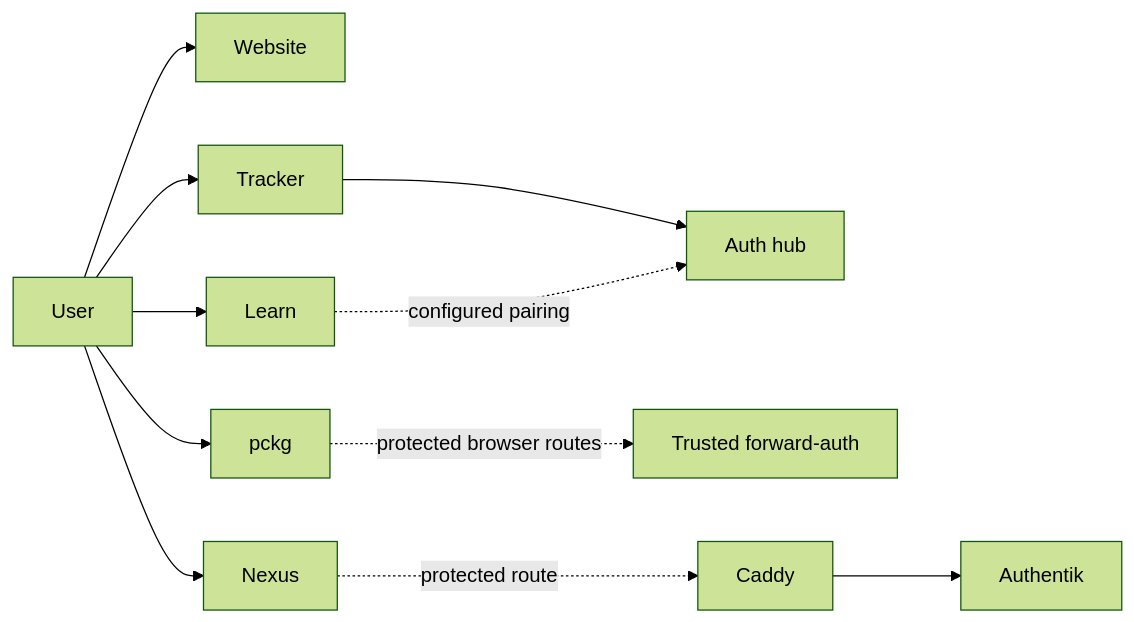
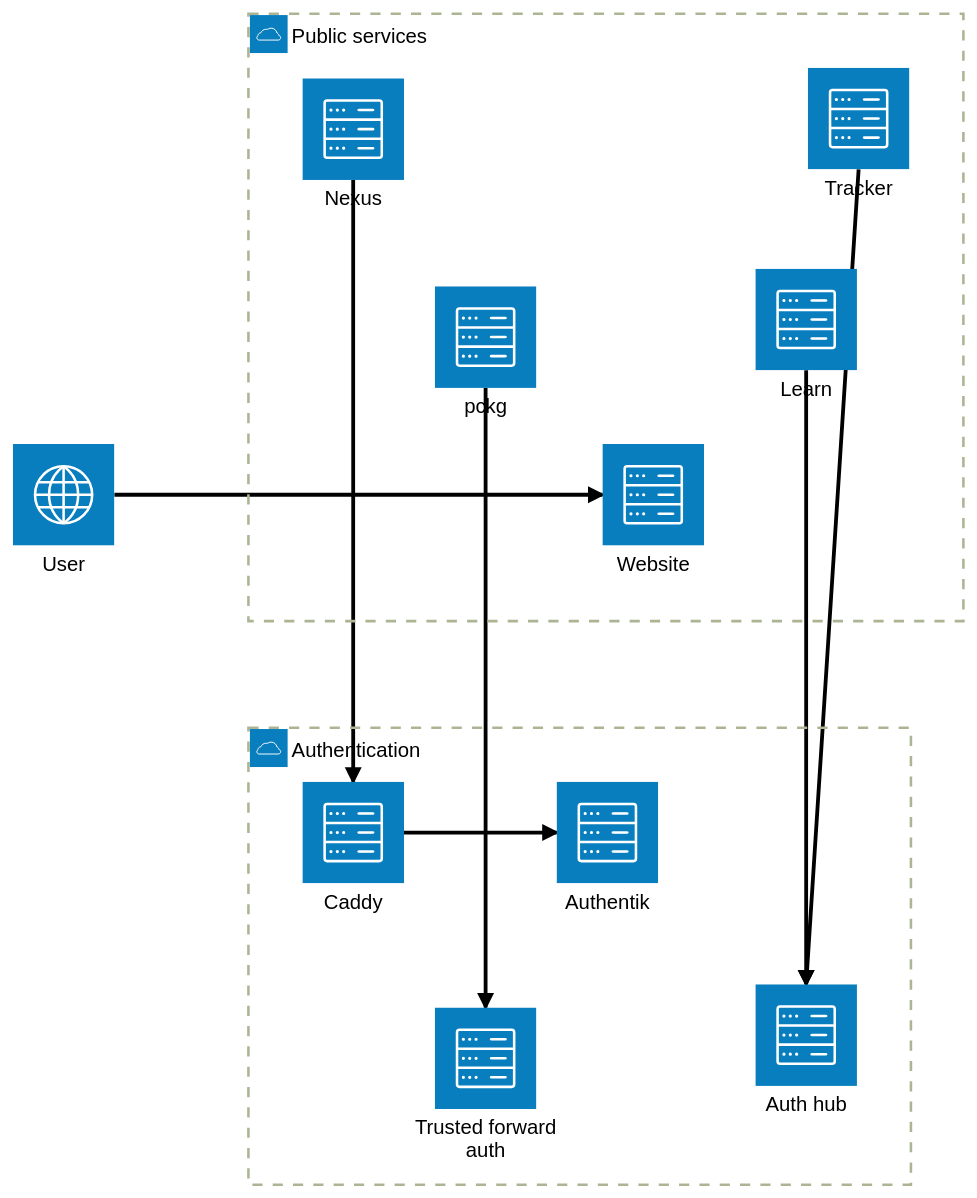
The diagram in site/website/src/content/docs/docs/services/index.md (Cyber-Nomad-Collective/beskid), drawn with Mermaid (forest theme) before and after one commit. The commit also changed 60 other files, not shown here.

````diff
--- a/site/website/src/content/docs/docs/services/index.md
+++ b/site/website/src/content/docs/docs/services/index.md
@@ -36,15 +36,23 @@
 ```mermaid
-flowchart LR
+architecture-beta
   accTitle: Public service and authentication topology
   accDescr: Readers use public services. Tracker and Learn connect to the Auth hub. pckg uses trusted forward-auth. Caddy and Authentik protect Nexus.
-  U[User] --> W[Website]
-  U --> L[Learn]
-  U --> P[pckg]
-  U --> T[Tracker]
-  U --> N[Nexus]
-  T --> A[Auth hub]
-  L -. configured pairing .-> A
-  P -. protected browser routes .-> F[Trusted forward-auth]
-  N -. protected route .-> C[Caddy]
-  C --> K[Authentik]
+  service user(internet)[User]
+  group edge(cloud)[Public services]
+  service website(server)[Website] in edge
+  service learn(server)[Learn] in edge
+  service pckg(server)[pckg] in edge
+  service tracker(server)[Tracker] in edge
+  service nexus(server)[Nexus] in edge
+  group authn(cloud)[Authentication]
+  service hub(server)[Auth hub] in authn
+  service fwd(server)[Trusted forward auth] in authn
+  service caddy(server)[Caddy] in authn
+  service authentik(server)[Authentik] in authn
+  user:R --> L:website
+  tracker:B --> T:hub
+  learn:B --> T:hub
+  pckg:B --> T:fwd
+  nexus:B --> T:caddy
+  caddy:R --> L:authentik
 ```
````
